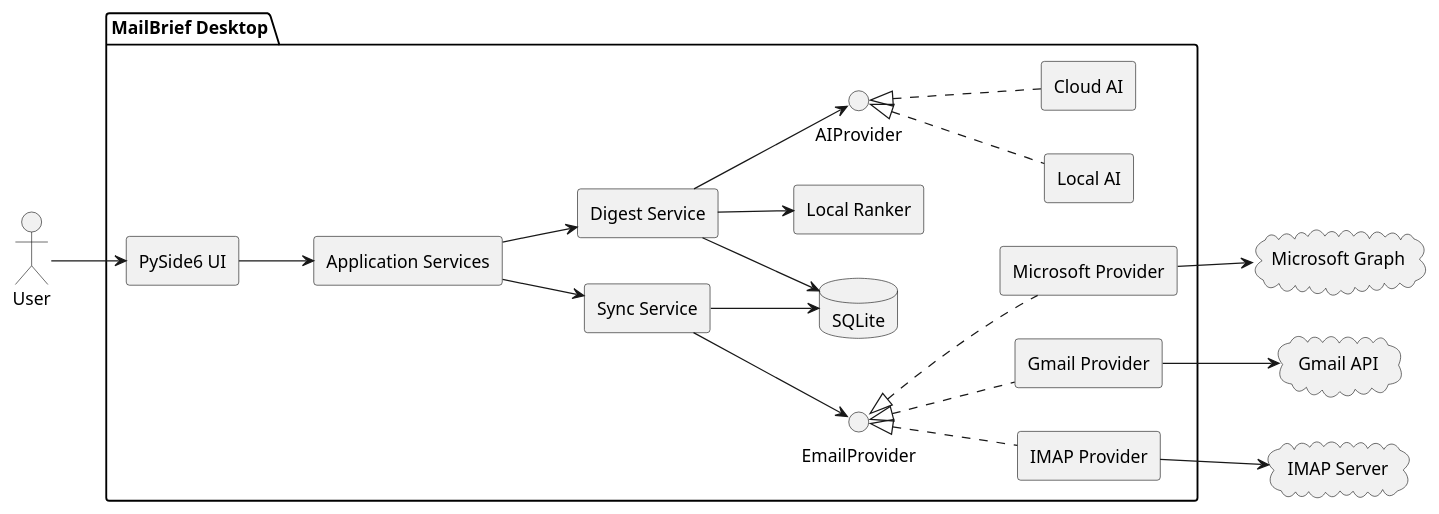
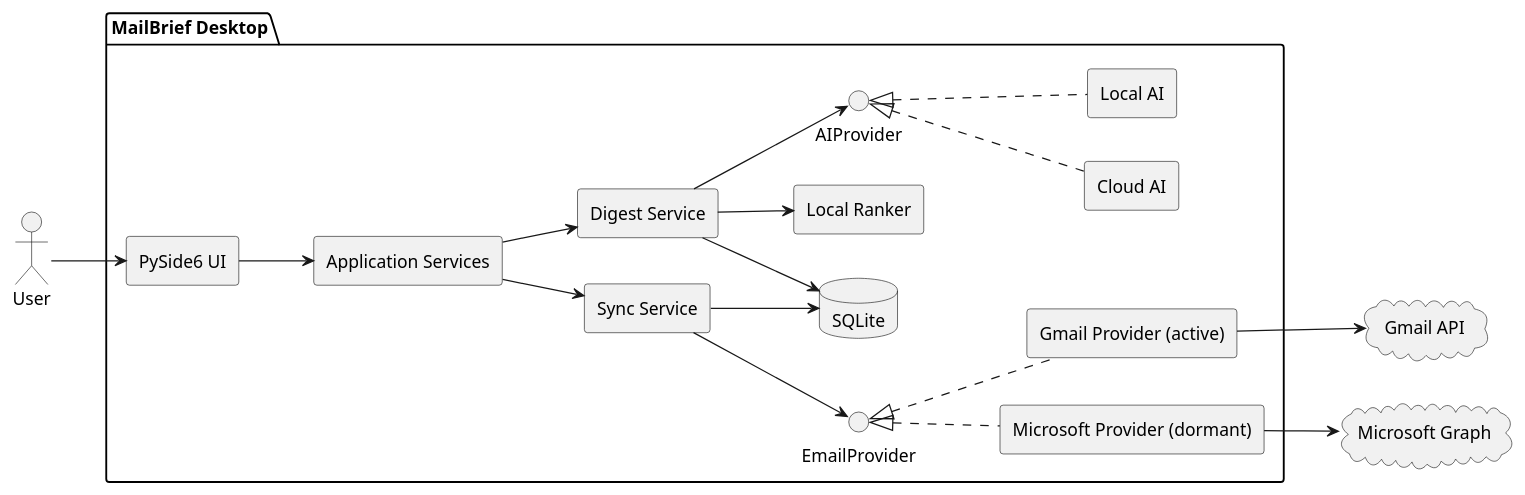
One commit to Coins99/MailBrief changed the diagram in docs/architecture.puml. Above: the diagram before and after it, drawn with PlantUML. The commit also changed 16 other files, not shown here.

Commit message:
refactor: prepare Gmail-first provider workspace

```diff
--- a/docs/architecture.puml
+++ b/docs/architecture.puml
@@ -1,48 +1,44 @@
 @startuml
 left to right direction
 skinparam componentStyle rectangle
 
 actor User
 
 package "MailBrief Desktop" {
   [PySide6 UI] as UI
   [Application Services] as App
   [Sync Service] as Sync
   [Digest Service] as Digest
   [Local Ranker] as Ranker
   database "SQLite" as DB
 
   interface EmailProvider
   interface AIProvider
 
-  [Microsoft Provider] as Microsoft
-  [Gmail Provider] as Gmail
-  [IMAP Provider] as IMAP
+  [Gmail Provider (active)] as Gmail
+  [Microsoft Provider (dormant)] as Microsoft
   [Cloud AI] as CloudAI
   [Local AI] as LocalAI
 }
 
 cloud "Microsoft Graph" as Graph
 cloud "Gmail API" as GmailAPI
-cloud "IMAP Server" as IMAPServer
 
 User --> UI
 UI --> App
 App --> Sync
 App --> Digest
 Sync --> EmailProvider
 Sync --> DB
 Digest --> Ranker
 Digest --> AIProvider
 Digest --> DB
 
+EmailProvider <|.. Gmail
 EmailProvider <|.. Microsoft
-EmailProvider <|.. Gmail
-EmailProvider <|.. IMAP
 AIProvider <|.. CloudAI
 AIProvider <|.. LocalAI
 
 Microsoft --> Graph
 Gmail --> GmailAPI
-IMAP --> IMAPServer
 @enduml
```
